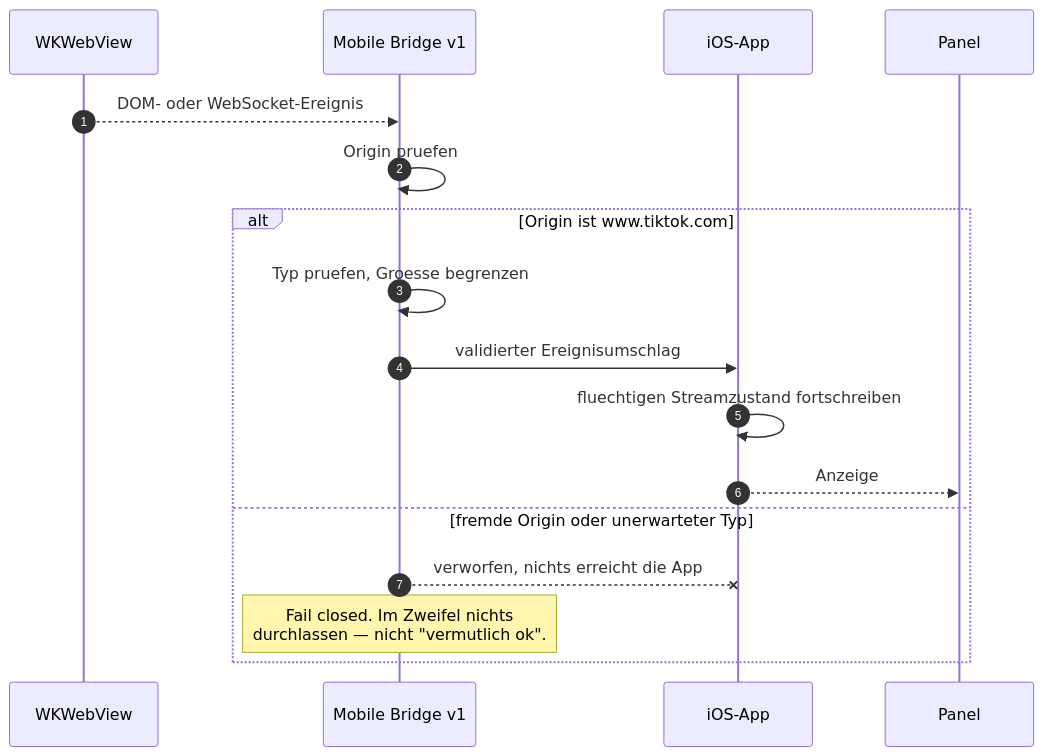
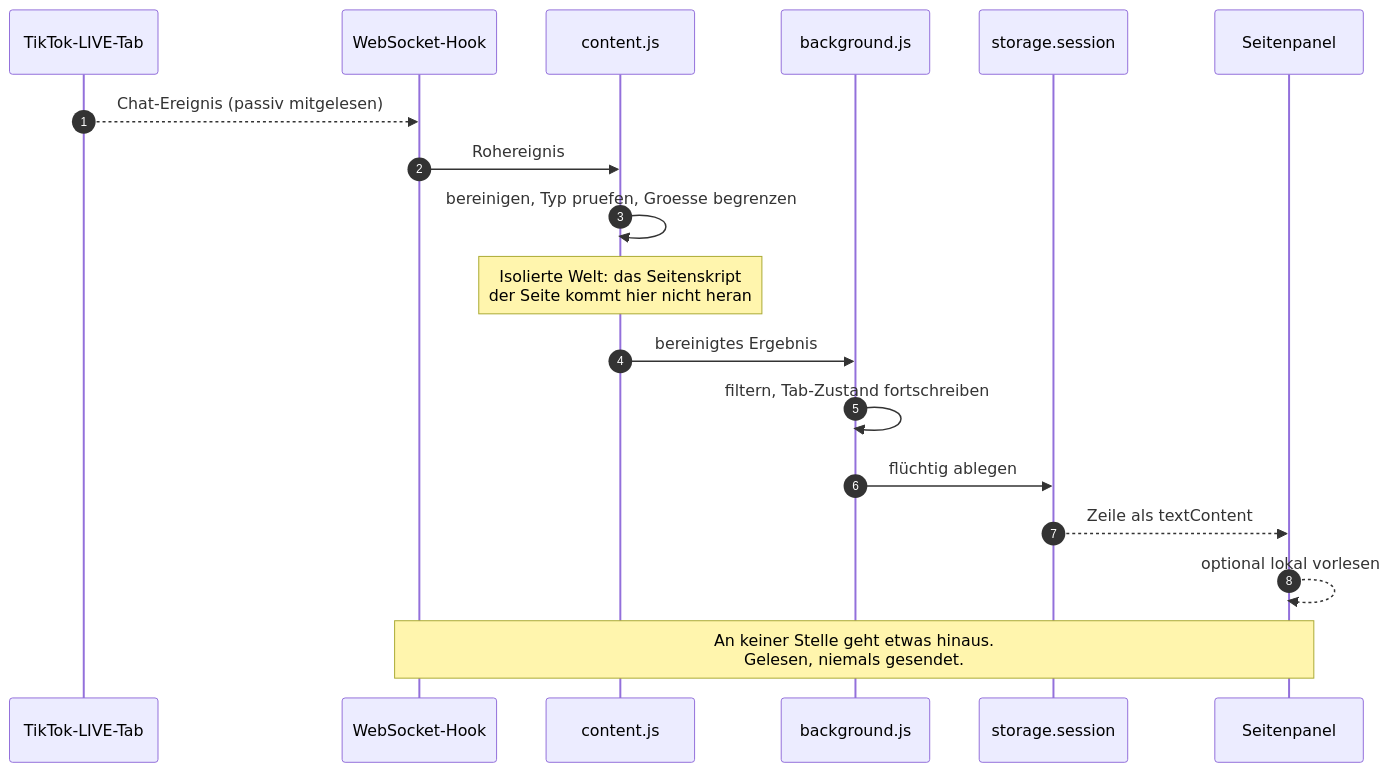
The second of 4 diagrams in README.md (KikiKari/Projects), drawn with Mermaid before and after one commit. The commit also changed other lines of this file and 116 other files, not shown here.

Commit message:
release(ios): consolidate TikTok LIVE Companion 0.8.0 (0PE-96)

````diff
--- a/README.md
+++ b/README.md
@@ -104,20 +99,21 @@
 ```mermaid
 sequenceDiagram
     autonumber
-    participant W as WKWebView
-    participant B as Mobile Bridge v1
-    participant A as iOS-App
-    participant P as Panel
+    participant T as TikTok-LIVE-Tab
+    participant H as WebSocket-Hook
+    participant C as content.js
+    participant B as background.js
+    participant S as storage.session
+    participant P as Seitenpanel
 
-    W-->>B: DOM- oder WebSocket-Ereignis
-    B->>B: Origin pruefen
-    alt Origin ist www.tiktok.com
-        B->>B: Typ pruefen, Groesse begrenzen
-        B->>A: validierter Ereignisumschlag
-        A->>A: fluechtigen Streamzustand fortschreiben
-        A-->>P: Anzeige
-    else fremde Origin oder unerwarteter Typ
-        B--xA: verworfen, nichts erreicht die App
-        Note over B: Fail closed. Im Zweifel nichts<br/>durchlassen — nicht "vermutlich ok".
-    end
+    T-->>H: Chat-Ereignis (passiv mitgelesen)
+    H->>C: Rohereignis
+    C->>C: bereinigen, Typ pruefen, Groesse begrenzen
+    Note over C: Isolierte Welt: das Seitenskript<br/>der Seite kommt hier nicht heran
+    C->>B: bereinigtes Ergebnis
+    B->>B: filtern, Tab-Zustand fortschreiben
+    B->>S: flüchtig ablegen
+    S-->>P: Zeile als textContent
+    P-->>P: optional lokal vorlesen
+    Note over H,P: An keiner Stelle geht etwas hinaus.<br/>Gelesen, niemals gesendet.
 ```
````
